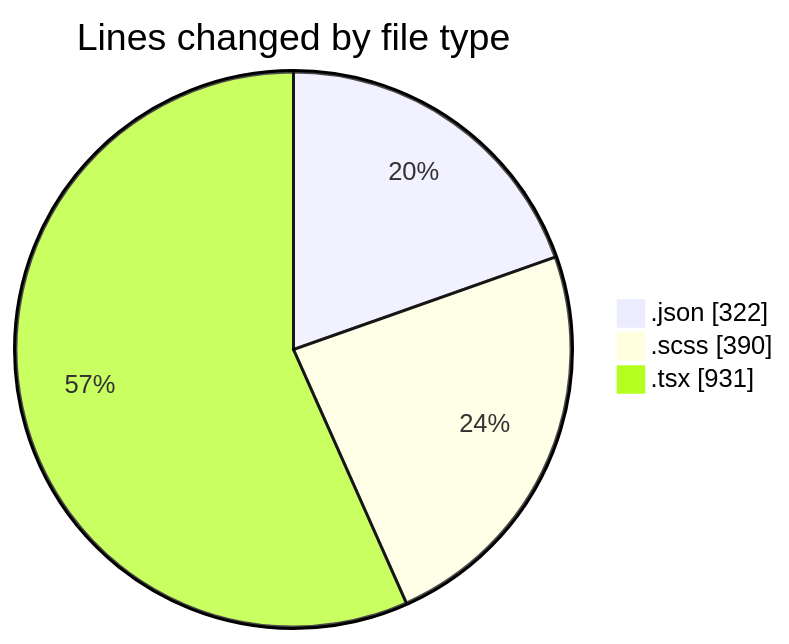
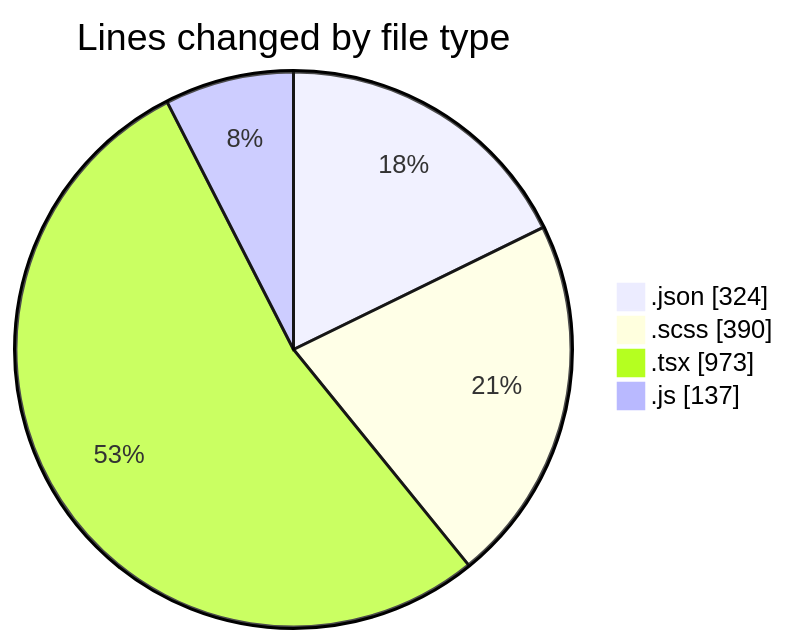
Before and after one commit to momahboobian/code-tracking: the first of 2 diagrams in 2026-04-20/cda/README.md, drawn with Mermaid. The commit also changed other lines of this file and 1 other file, not shown here.

````diff
--- a/2026-04-20/cda/README.md
+++ b/2026-04-20/cda/README.md
@@ -27,7 +29,8 @@
 ```mermaid
 pie showData
 title Lines changed by file type
-".json" : 322
+".json" : 324
 ".scss" : 390
-".tsx" : 931
+".tsx" : 973
+".js" : 137
 ```
````
